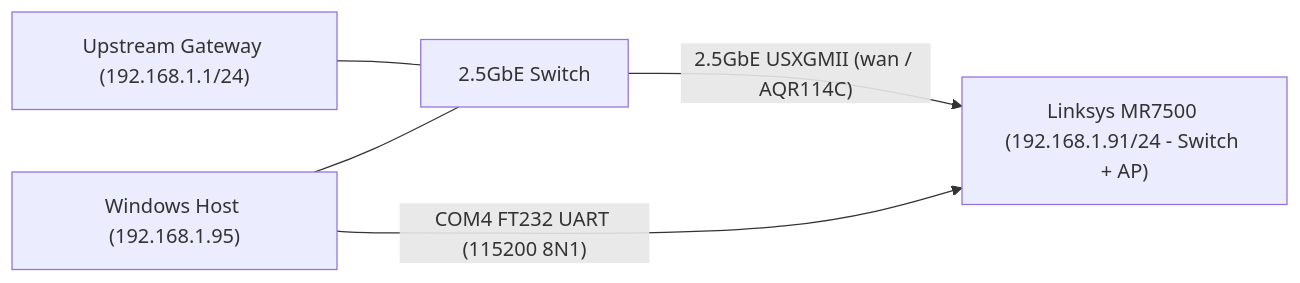
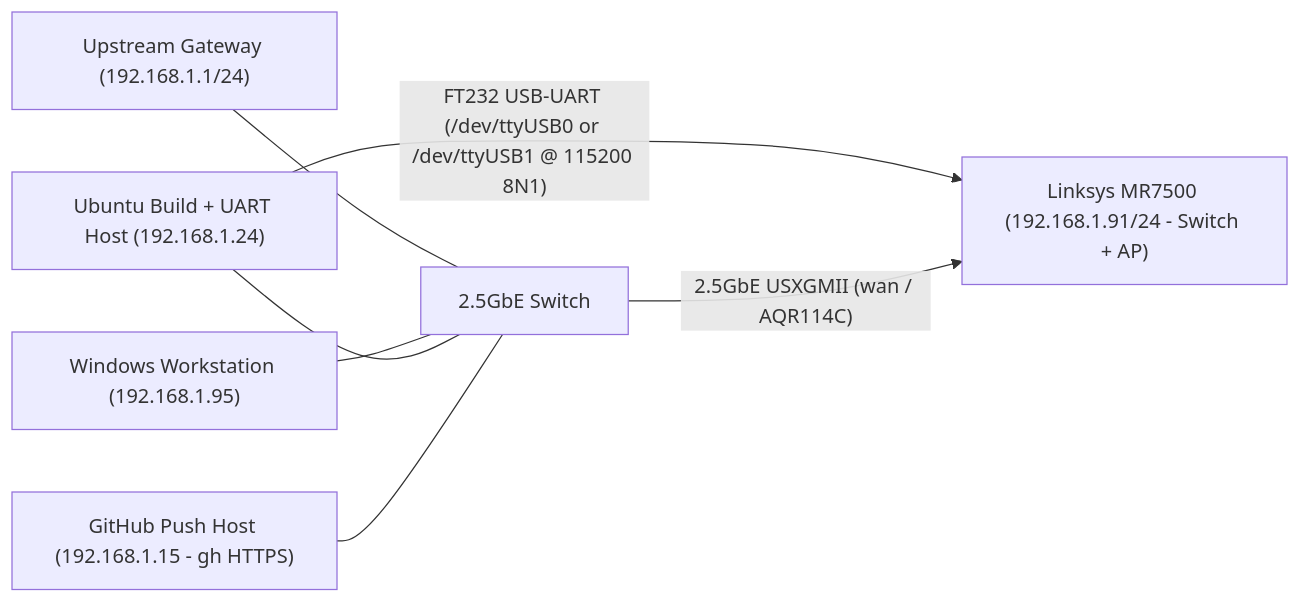
Before and after one commit to SanjayRavindran/Linksys-MR7500-NSS: the diagram in .agents/skills/mr7500-nss-openwrt/SKILL.md, drawn with Mermaid. The commit also changed other lines of this file and 11 other files, not shown here.

````diff
--- a/.agents/skills/mr7500-nss-openwrt/SKILL.md
+++ b/.agents/skills/mr7500-nss-openwrt/SKILL.md
@@ -29,7 +30,9 @@
 ```mermaid
 flowchart LR
     GW["Upstream Gateway (192.168.1.1/24)"] --- SW["2.5GbE Switch"]
-    WIN["Windows Host (192.168.1.95)"] --- SW
-    WIN -- "COM4 FT232 UART (115200 8N1)" --> MR["Linksys MR7500 (192.168.1.91/24 - Switch + AP)"]
+    WIN["Windows Workstation (192.168.1.95)"] --- SW
+    H61["Ubuntu Build + UART Host (192.168.1.24)"] --- SW
+    GH["GitHub Push Host (192.168.1.15 - gh HTTPS)"] --- SW
+    H61 -- "FT232 USB-UART (/dev/ttyUSB0 or /dev/ttyUSB1 @ 115200 8N1)" --> MR["Linksys MR7500 (192.168.1.91/24 - Switch + AP)"]
     SW -- "2.5GbE USXGMII (wan / AQR114C)" --> MR
 ```
````
